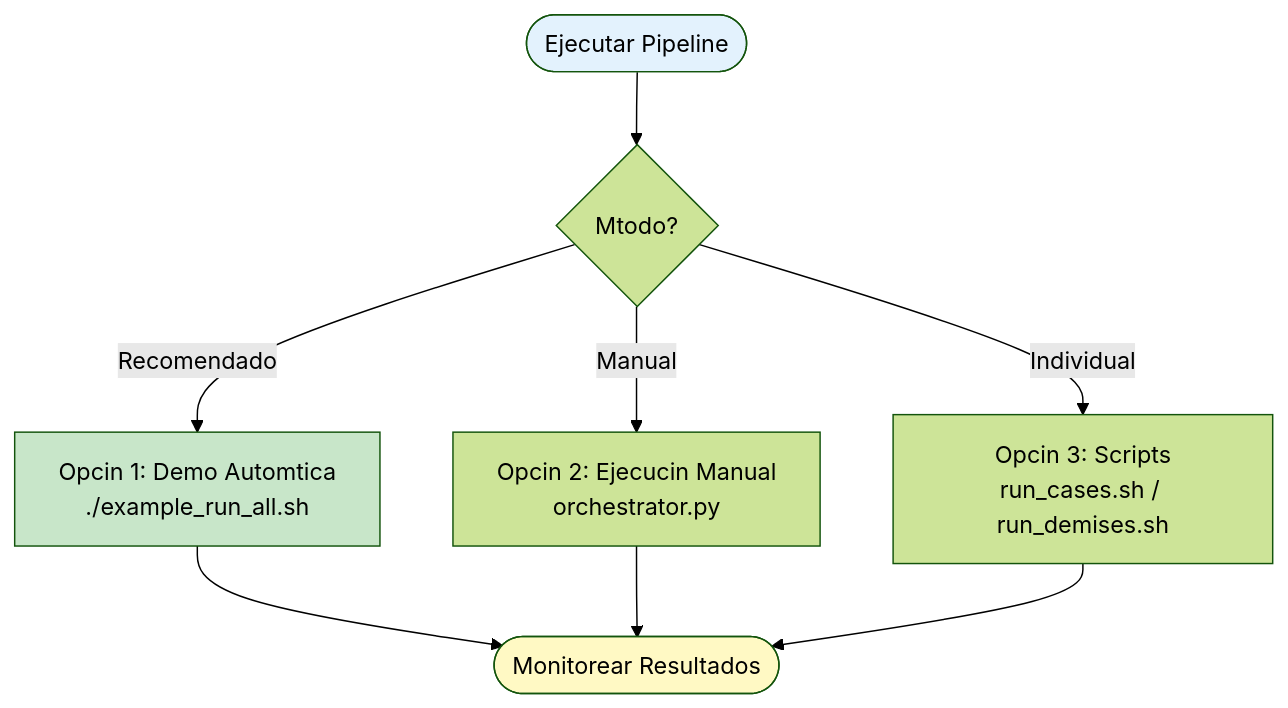
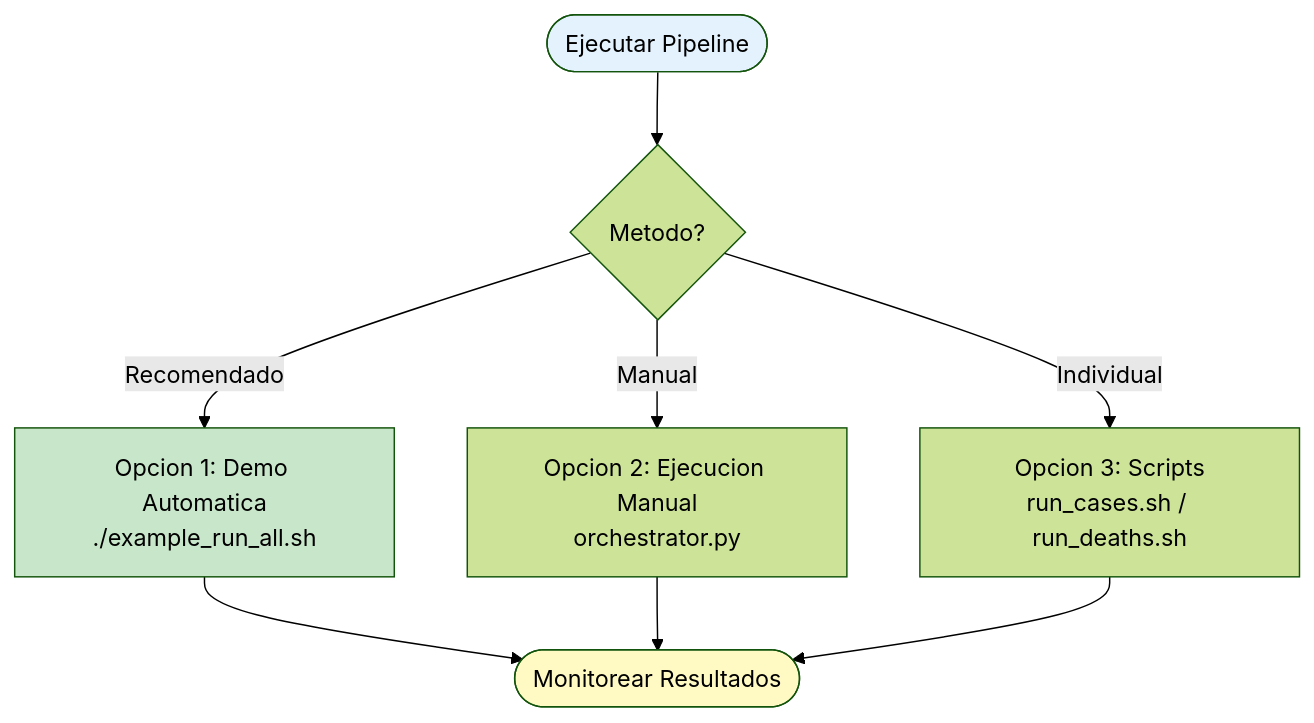
One commit to arthur8davis/tfm-dataflow-architecture changed the second of 4 diagrams in QUICKSTART.md. Above: the diagram before and after it, drawn with Mermaid (forest theme). The commit also changed other lines of this file and 9 other files, not shown here.

````diff
--- a/QUICKSTART.md
+++ b/QUICKSTART.md
@@ -31,16 +31,16 @@
 ```mermaid
 flowchart TD
-    Start(["Ejecutar Pipeline"]) --> Choice{"Mtodo?"}
+    Start(["Ejecutar Pipeline"]) --> Choice{"Metodo?"}
 
-    Choice --> |"Recomendado"| Auto["Opcin 1: Demo Automtica\n./example_run_all.sh"]
-    Choice --> |"Manual"| Manual["Opcin 2: Ejecucin Manual\norchestrator.py"]
-    Choice --> |"Individual"| Scripts["Opcin 3: Scripts\nrun_cases.sh / run_demises.sh"]
+    Choice --> |"Recomendado"| Auto["Opcion 1: Demo Automatica\n./example_run_all.sh"]
+    Choice --> |"Manual"| Manual["Opcion 2: Ejecucion Manual\norchestrator.py"]
+    Choice --> |"Individual"| Scripts["Opcion 3: Scripts\nrun_cases.sh / run_deaths.sh"]
 
     Auto --> Monitor(["Monitorear Resultados"])
     Manual --> Monitor
     Scripts --> Monitor
 
     style Start fill:#e3f2fd
     style Auto fill:#c8e6c9
     style Monitor fill:#fff9c4
 ```
````
